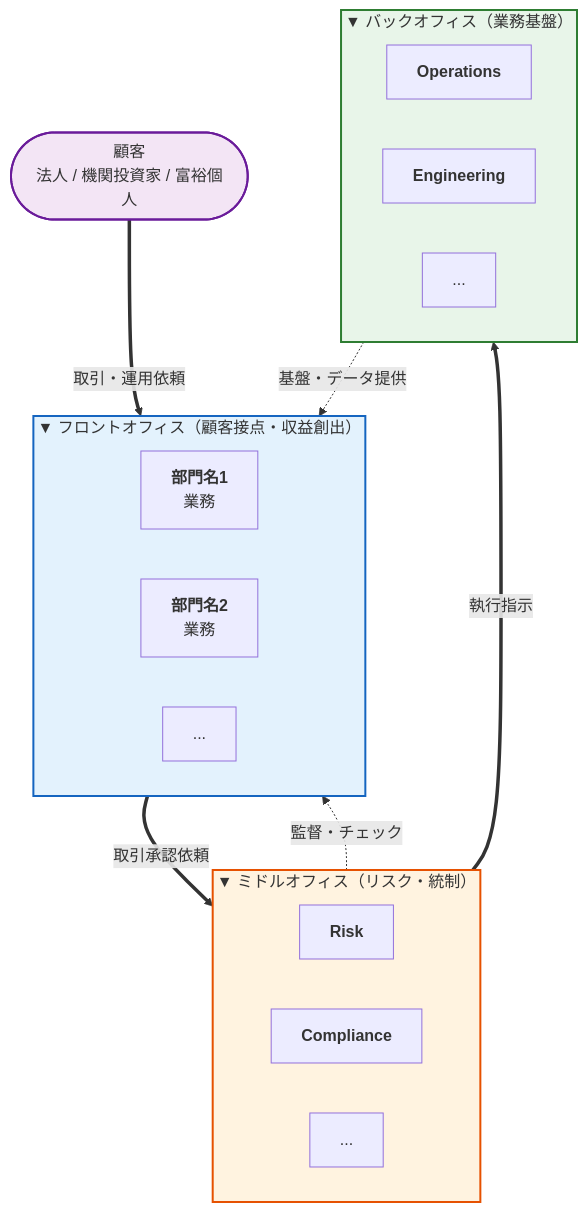
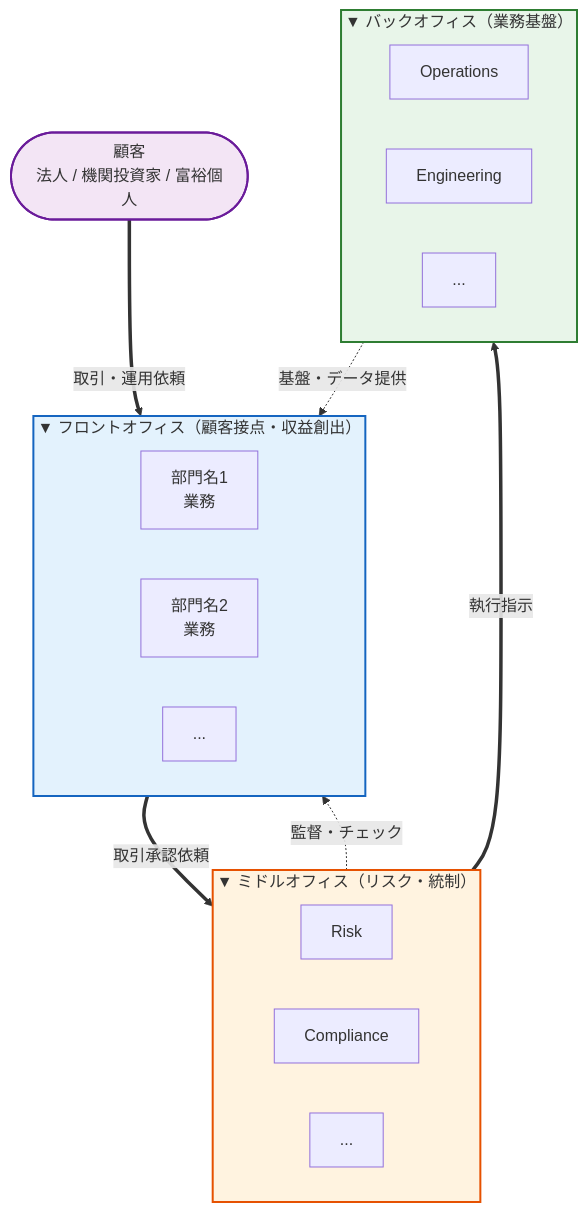
One commit to jiayi-ThE-CREATOR/es-coach-skills changed the diagram in skills/kigyou-report/SKILL.md. Above: the diagram before and after it, drawn with Mermaid. The commit also changed 4 other files, not shown here.

First line of the commit message:
fix: strip <small>/<b> tags from Mermaid labels (GitHub renderer rejects them)

````diff
--- a/skills/kigyou-report/SKILL.md
+++ b/skills/kigyou-report/SKILL.md
@@ -191,36 +191,36 @@
 ```mermaid
 flowchart TB
     C(["顧客<br/>法人 / 機関投資家 / 富裕個人"])
 
     subgraph L1["▼ フロントオフィス（顧客接点・収益創出）"]
         direction LR
-        F1["<b>部門名1</b><br/>業務"]
-        F2["<b>部門名2</b><br/>業務"]
+        F1["部門名1<br/>業務"]
+        F2["部門名2<br/>業務"]
         F3["..."]
     end
 
     subgraph L2["▼ ミドルオフィス（リスク・統制）"]
         direction LR
-        M1["<b>Risk</b>"]
-        M2["<b>Compliance</b>"]
+        M1["Risk"]
+        M2["Compliance"]
         M3["..."]
     end
 
     subgraph L3["▼ バックオフィス（業務基盤）"]
         direction LR
-        B1["<b>Operations</b>"]
-        B2["<b>Engineering</b>"]
+        B1["Operations"]
+        B2["Engineering"]
         B3["..."]
     end
 
     C ==>|"取引・運用依頼"| L1
     L1 ==>|"取引承認依頼"| L2
     L2 ==>|"執行指示"| L3
     L3 -.->|"基盤・データ提供"| L1
     L2 -.->|"監督・チェック"| L1
 
     style L1 fill:#e3f2fd,stroke:#1565c0,stroke-width:2px
     style L2 fill:#fff3e0,stroke:#e65100,stroke-width:2px
     style L3 fill:#e8f5e9,stroke:#2e7d32,stroke-width:2px
     style C fill:#f3e5f5,stroke:#6a1b9a,stroke-width:2px
 ```
````
